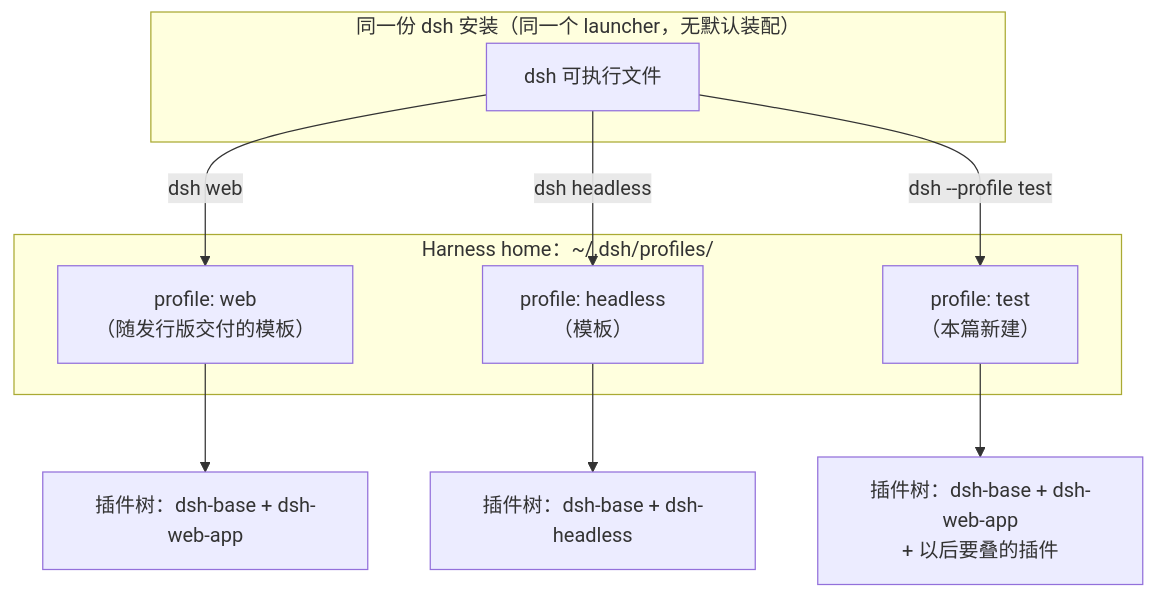
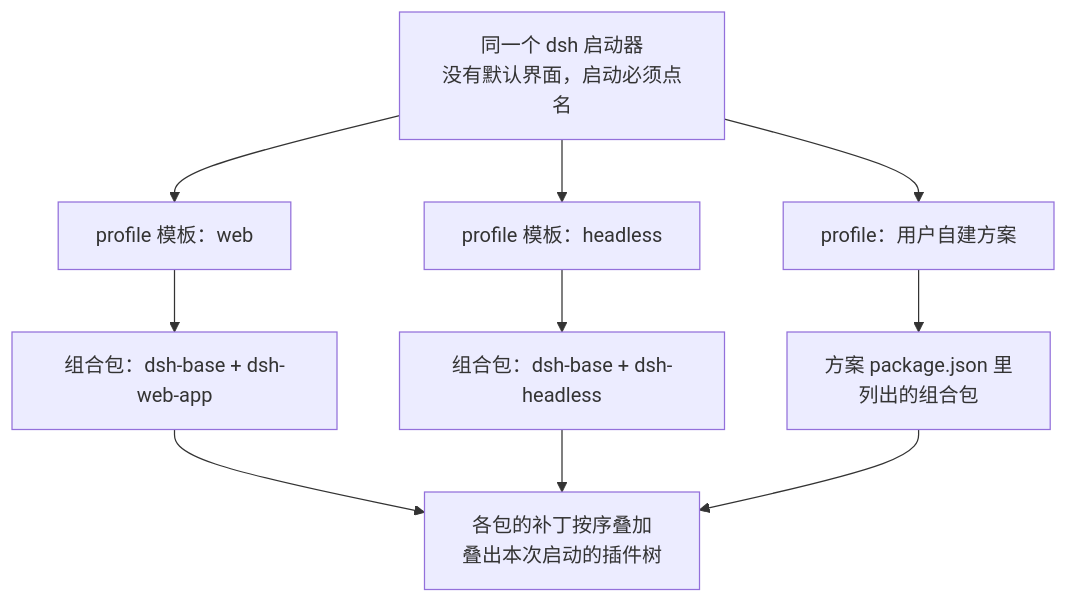
Before and after one commit to anthonyzhao-4926/blog: the first of 2 diagrams in dsh 插件开发学习/01-profile、bundle 与插件的关系.md, drawn with Mermaid. The commit also changed other lines of this file and 38 other files, not shown here.

````diff
--- a/dsh 插件开发学习/01-profile、bundle 与插件的关系.md
+++ b/dsh 插件开发学习/01-profile、bundle 与插件的关系.md
@@ -27,17 +29,12 @@
 ```mermaid
 flowchart TD
-    subgraph install["同一份 dsh 安装（同一个 launcher，无默认装配）"]
-        L["dsh 可执行文件"]
-    end
-    subgraph home["Harness home：~/.dsh/profiles/"]
-        W["profile: web<br/>（随发行版交付的模板）"]
-        H["profile: headless<br/>（模板）"]
-        T["profile: test<br/>（本篇新建）"]
-    end
-    L -->|"dsh web"| W
-    L -->|"dsh headless"| H
-    L -->|"dsh --profile test"| T
-    W --> WT["插件树：dsh-base + dsh-web-app"]
-    H --> HT["插件树：dsh-base + dsh-headless"]
-    T --> TT["插件树：dsh-base + dsh-web-app<br/>+ 以后要叠的插件"]
+    L["同一个 dsh 启动器<br/>没有默认界面，启动必须点名"] --> W["profile 模板：web"]
+    L --> H["profile 模板：headless"]
+    L --> U["profile：用户自建方案"]
+    W --> WB["组合包：dsh-base + dsh-web-app"]
+    H --> HB["组合包：dsh-base + dsh-headless"]
+    U --> UB["方案 package.json 里<br/>列出的组合包"]
+    WB --> T["各包的补丁按序叠加<br/>叠出本次启动的插件树"]
+    HB --> T
+    UB --> T
 ```
````
